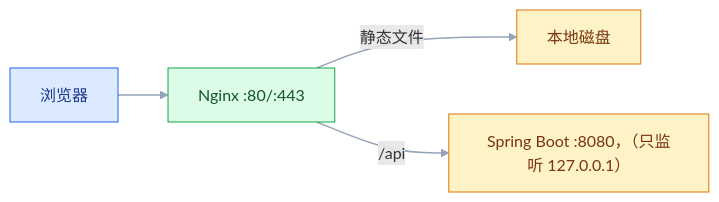
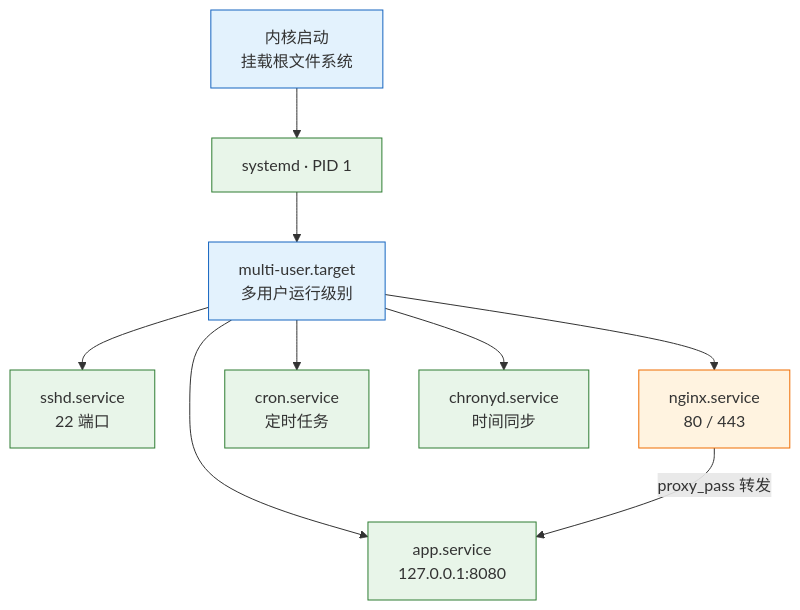
One commit to jimbosuper/studynotes changed the first of 4 diagrams in blog/src/notes/07-运维/01-Linux系统/03-Linux核心服务.md. Above: the diagram before and after it, drawn with Mermaid. The commit also changed other lines of this file and 367 other files, not shown here.

````diff
--- a/blog/src/notes/07-运维/01-Linux系统/03-Linux核心服务.md
+++ b/blog/src/notes/07-运维/01-Linux系统/03-Linux核心服务.md
@@ -734,11 +25,17 @@
 ```mermaid
-flowchart LR
-    classDef a fill:#DBEAFE,stroke:#2563EB,color:#1E3A8A
-    classDef b fill:#DCFCE7,stroke:#16A34A,color:#14532D
-    classDef c fill:#FEF3C7,stroke:#D97706,color:#78350F
-
-    C["浏览器"]:::a --> N["Nginx :80/:443"]:::b
-    N -->|"静态文件"| S["本地磁盘"]:::c
-    N -->|"/api"| A["Spring Boot :8080，（只监听 127.0.0.1）"]:::c
-    linkStyle default stroke:#94A3B8,stroke-width:1.5px
+flowchart TD
+    K["内核启动<br/>挂载根文件系统"] --> S["systemd · PID 1"]
+    S --> T["multi-user.target<br/>多用户运行级别"]
+    T --> SSH["sshd.service<br/>22 端口"]
+    T --> NG["nginx.service<br/>80 / 443"]
+    T --> APP["app.service<br/>127.0.0.1:8080"]
+    T --> CR["cron.service<br/>定时任务"]
+    T --> TS["chronyd.service<br/>时间同步"]
+    NG -->|"proxy_pass 转发"| APP
+    classDef client fill:#e3f2fd,stroke:#1565c0;
+    classDef engine fill:#e8f5e9,stroke:#2e7d32;
+    classDef image fill:#fff3e0,stroke:#ef6c00;
+    class K,T client
+    class S,SSH,APP,CR,TS engine
+    class NG image
 ```
````
